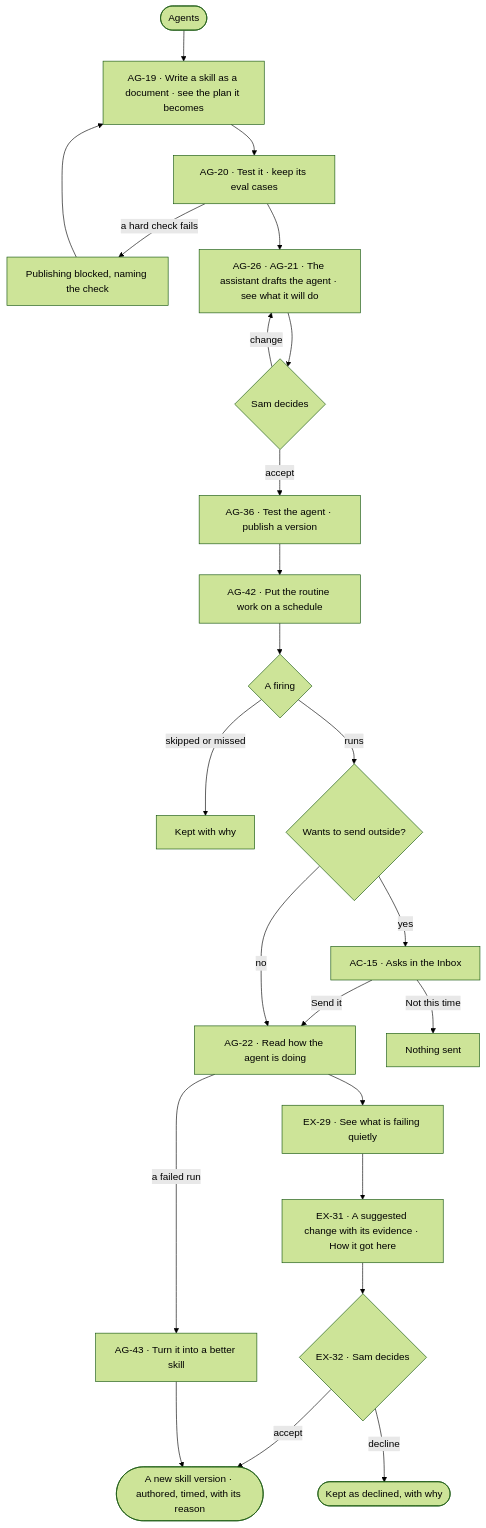
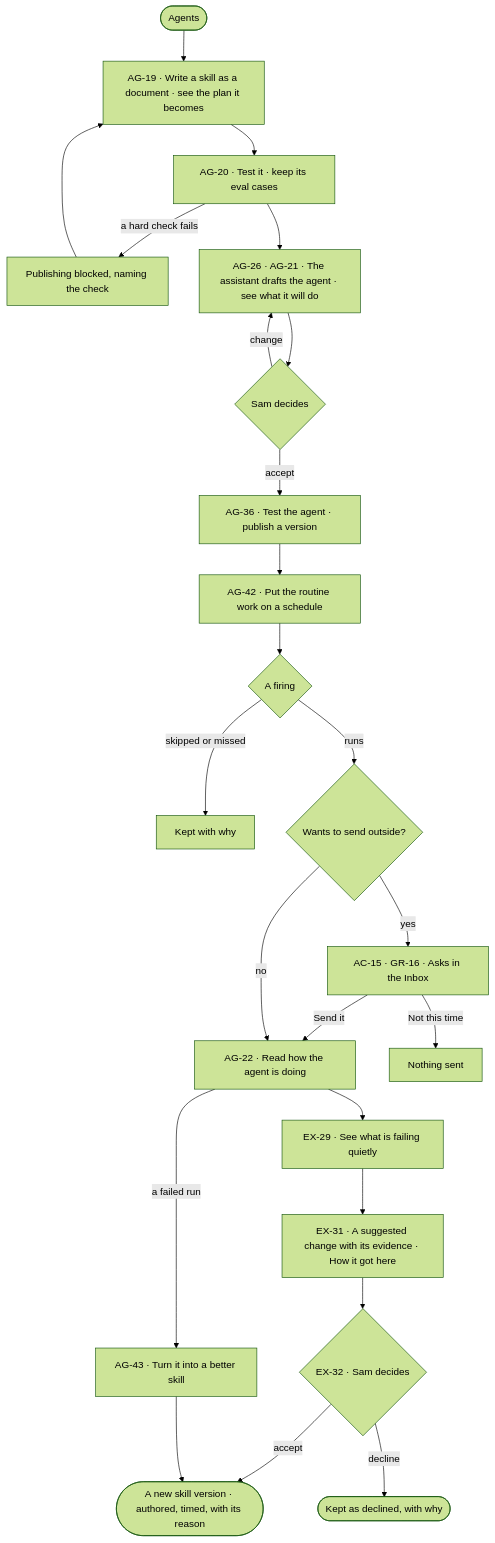
Before and after one commit to invana/invana: the diagram in specs/journeys/J04-build-an-agent-and-improve-it-from-what-runs-teach.md, drawn with Mermaid (forest theme). The commit also changed other lines of this file and 637 other files, not shown here.

````diff
--- a/specs/journeys/J04-build-an-agent-and-improve-it-from-what-runs-teach.md
+++ b/specs/journeys/J04-build-an-agent-and-improve-it-from-what-runs-teach.md
@@ -16,24 +16,24 @@
 ```mermaid
 flowchart TD
   A([Agents]) --> B["AG-19 · Write a skill as a document · see the plan it becomes"]
   B --> C["AG-20 · Test it · keep its eval cases"]
   C -->|a hard check fails| C1["Publishing blocked, naming the check"] --> B
   C --> D["AG-26 · AG-21 · The assistant drafts the agent · see what it will do"]
   D --> E{"Sam decides"}
   E -->|change| D
   E -->|accept| F["AG-36 · Test the agent · publish a version"]
   F --> G["AG-42 · Put the routine work on a schedule"]
   G --> H{"A firing"}
   H -->|skipped or missed| H1["Kept with why"]
   H -->|runs| I{"Wants to send outside?"}
-  I -->|yes| J["AC-15 · Asks in the Inbox"]
+  I -->|yes| J["AC-15 · GR-16 · Asks in the Inbox"]
   J -->|Send it| K
   J -->|Not this time| K1["Nothing sent"]
   I -->|no| K["AG-22 · Read how the agent is doing"]
   K --> L["EX-29 · See what is failing quietly"]
   L --> M["EX-31 · A suggested change with its evidence · How it got here"]
   M --> N{"EX-32 · Sam decides"}
   N -->|accept| O(["A new skill version · authored, timed, with its reason"])
   N -->|decline| P(["Kept as declined, with why"])
   K -->|a failed run| Q["AG-43 · Turn it into a better skill"] --> O
 ```
````
